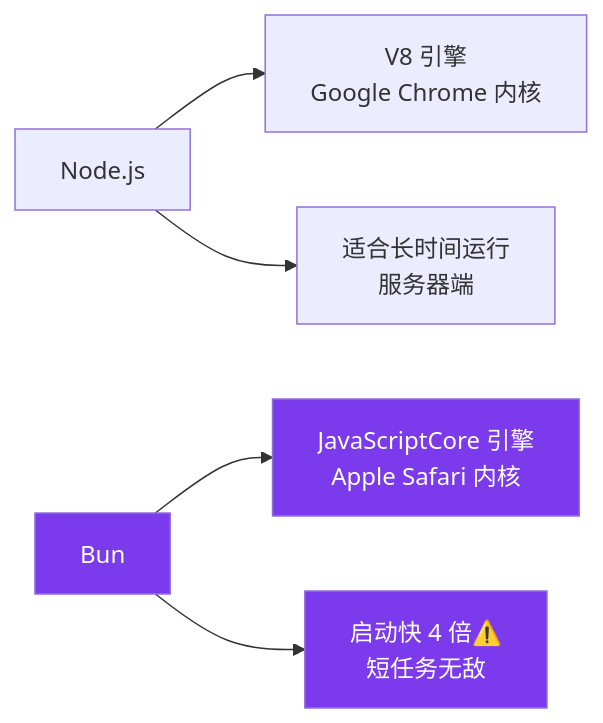
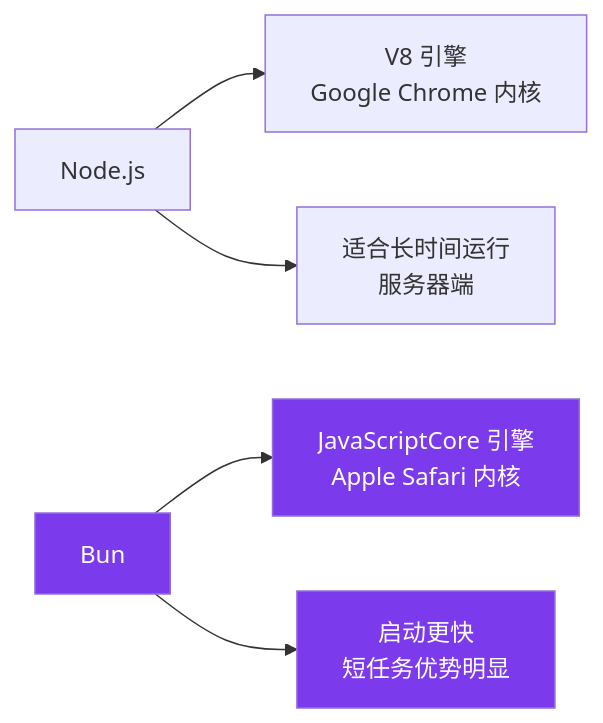
Before and after one commit to before80/prgms: the first of 2 diagrams in content/Js/tools/bun/Chapter-01-What-is-Bun.md, drawn with Mermaid. The commit also changed other lines of this file and 4787 other files, not shown here.

````diff
--- a/content/Js/tools/bun/Chapter-01-What-is-Bun.md
+++ b/content/Js/tools/bun/Chapter-01-What-is-Bun.md
@@ -49,12 +51,12 @@
 ```mermaid
 graph LR
     A["Node.js"] --> B["V8 引擎<br/>Google Chrome 内核"]
     A --> C["适合长时间运行<br/>服务器端"]
     
     D["Bun"] --> E["JavaScriptCore 引擎<br/>Apple Safari 内核"]
-    D --> F["启动快 4 倍⚠️<br/>短任务无敌"]
+    D --> F["启动更快<br/>短任务优势明显"]
     
     style D fill:#7c3aed,color:#fff
     style E fill:#7c3aed,color:#fff
     style F fill:#7c3aed,color:#fff
 ```
````
